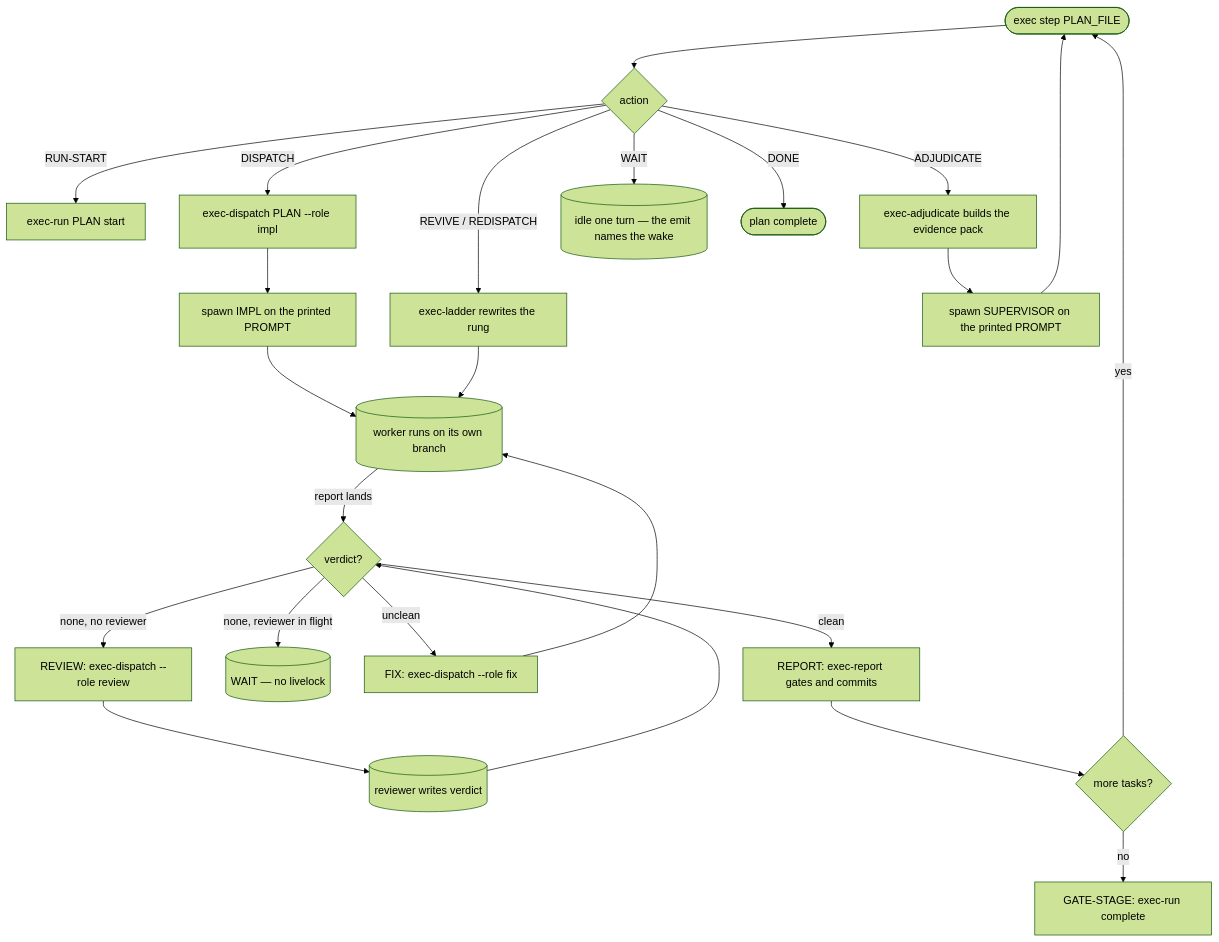
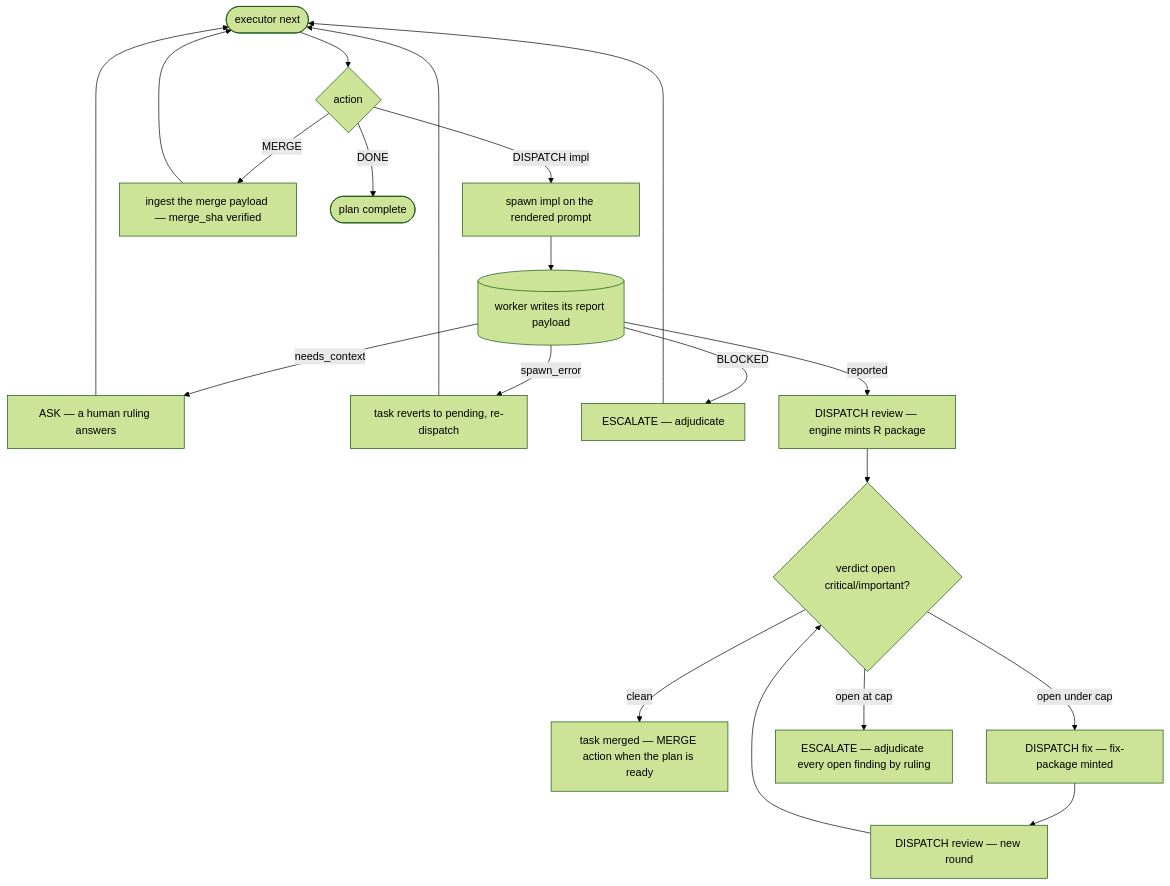
Before and after one commit to Atri10/executor: the third of 5 diagrams in README.md, drawn with Mermaid (forest theme). The commit also changed other lines of this file and 43 other files, not shown here.

First line of the commit message:
feat(engine,skills): payloads are data; the engine renders every document

````diff
--- a/README.md
+++ b/README.md
@@ -167,26 +176,22 @@
 ```mermaid
 flowchart TD
-    step(["exec step PLAN_FILE"]) --> act{"action"}
-    act -->|"RUN-START"| start["exec-run PLAN start"]
-    act -->|"DISPATCH"| disp["exec-dispatch PLAN --role impl"]
-    disp --> impl["spawn IMPL on the printed PROMPT"]
-    impl --> worker[("worker runs on its own branch")]
-    worker -->|"report lands"| rep{"verdict?"}
-    rep -->|"none, no reviewer"| rev["REVIEW: exec-dispatch --role review"]
-    rev --> reviewer[("reviewer writes verdict")]
-    reviewer --> rep
-    rep -->|"none, reviewer in flight"| waitrev[("WAIT — no livelock")]
-    rep -->|"unclean"| fix["FIX: exec-dispatch --role fix"]
-    fix --> worker
-    rep -->|"clean"| commit["REPORT: exec-report gates and commits"]
-    commit --> next{"more tasks?"}
-    next -->|"yes"| step
-    next -->|"no"| gate["GATE-STAGE: exec-run complete"]
-    act -->|"REVIVE / REDISPATCH"| ladder["exec-ladder rewrites the rung"]
-    ladder --> worker
-    act -->|"ADJUDICATE"| adj["exec-adjudicate builds the evidence pack"]
-    adj --> sup["spawn SUPERVISOR on the printed PROMPT"]
-    sup --> step
-    act -->|"WAIT"| idle[("idle one turn — the emit names the wake")]
+    step(["executor next"]) --> act{"action"}
+    act -->|"DISPATCH impl"| disp["spawn impl on the rendered prompt"]
+    disp --> worker[("worker writes its report payload")]
+    worker -->|"needs_context"| ask["ASK — a human ruling answers"]
+    worker -->|"spawn_error"| pending["task reverts to pending, re-dispatch"]
+    worker -->|"BLOCKED"| esc["ESCALATE — adjudicate"]
+    ask --> step
+    pending --> step
+    esc --> step
+    worker -->|"reported"| rev["DISPATCH review — engine mints R<NN> package"]
+    rev --> rep{"verdict open critical/important?"}
+    rep -->|"clean"| merge["task merged — MERGE action when the plan is ready"]
+    rep -->|"open under cap"| fix["DISPATCH fix — fix-package minted"]
+    fix --> rev2["DISPATCH review — new round"]
+    rev2 --> rep
+    rep -->|"open at cap"| brk["ESCALATE — adjudicate every open finding by ruling"]
+    act -->|"MERGE"| mg["ingest the merge payload — merge_sha verified"]
+    mg --> step
     act -->|"DONE"| fin(["plan complete"])
 ```
````
